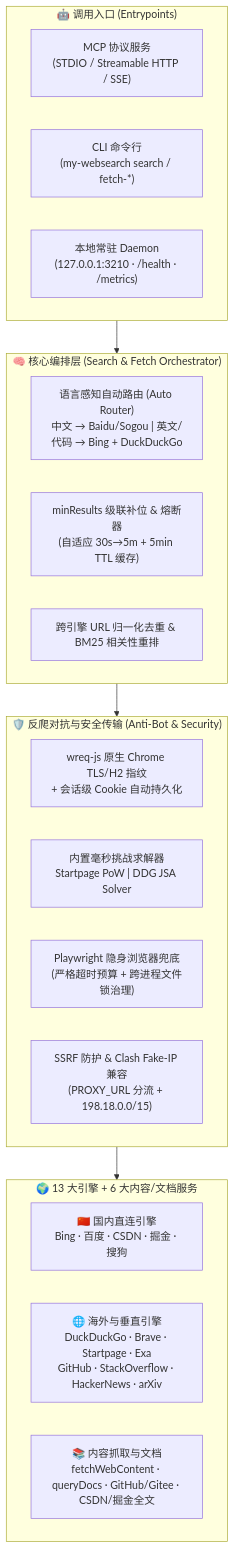
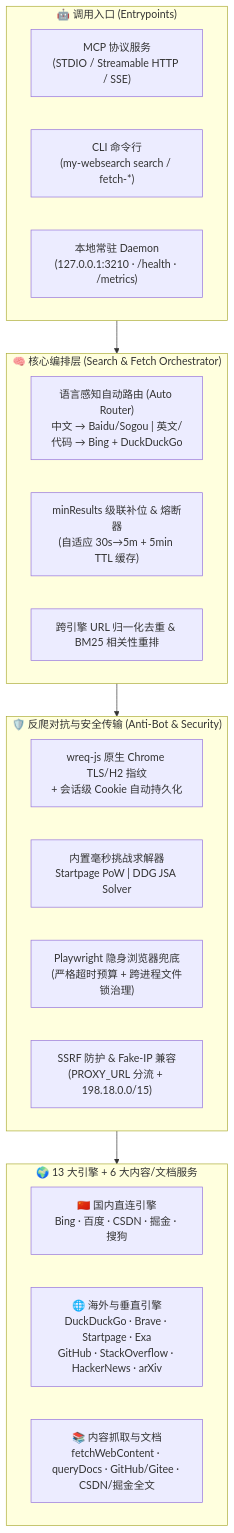
One commit to wtznicy/my-websearch changed the diagram in README-zh.md. Above: the diagram before and after it, drawn with Mermaid. The commit also changed other lines of this file and 28 other files, not shown here.

````diff
--- a/README-zh.md
+++ b/README-zh.md
@@ -47,31 +47,31 @@
 ```mermaid
 flowchart TB
     subgraph Clients["🤖 调用入口 (Entrypoints)"]
         MCP["MCP 协议服务<br/>(STDIO / Streamable HTTP / SSE)"]
         CLI["CLI 命令行<br/>(my-websearch search / fetch-*)"]
         Daemon["本地常驻 Daemon<br/>(127.0.0.1:3210 · /health · /metrics)"]
     end
 
     subgraph Core["🧠 核心编排层 (Search & Fetch Orchestrator)"]
         Router["语言感知自动路由 (Auto Router)<br/>中文 → Baidu/Sogou | 英文/代码 → Bing + DuckDuckGo"]
         Cascade["minResults 级联补位 & 熔断器<br/>(自适应 30s→5m + 5min TTL 缓存)"]
         Ranker["跨引擎 URL 归一化去重 & BM25 相关性重排"]
     end
 
     subgraph Transport["🛡️ 反爬对抗与安全传输 (Anti-Bot & Security)"]
         Wreq["wreq-js 原生 Chrome TLS/H2 指纹<br/>+ 会话级 Cookie 自动持久化"]
         Solvers["内置毫秒挑战求解器<br/>Startpage PoW | DDG JSA Solver"]
         PW["Playwright 隐身浏览器兜底<br/>(严格超时预算 + 跨进程文件锁治理)"]
-        Guard["SSRF 防护 & Clash Fake-IP 兼容<br/>(PROXY_URL 分流 + 198.18.0.0/15)"]
+        Guard["SSRF 防护 & Fake-IP 兼容<br/>(PROXY_URL 分流 + 198.18.0.0/15)"]
     end
 
     subgraph Engines["🌍 13 大引擎 + 6 大内容/文档服务"]
         CN["🇨🇳 国内直连引擎<br/>Bing · 百度 · CSDN · 掘金 · 搜狗"]
         INTL["🌐 海外与垂直引擎<br/>DuckDuckGo · Brave · Startpage · Exa<br/>GitHub · StackOverflow · HackerNews · arXiv"]
         Docs["📚 内容抓取与文档<br/>fetchWebContent · queryDocs · GitHub/Gitee · CSDN/掘金全文"]
     end
 
     Clients --> Core
     Core --> Transport
     Transport --> Engines
 ```
````
